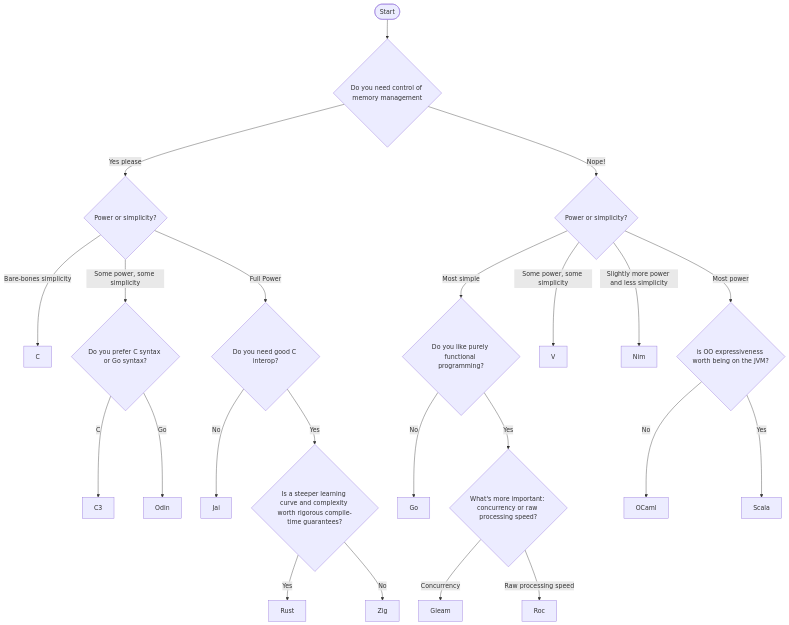
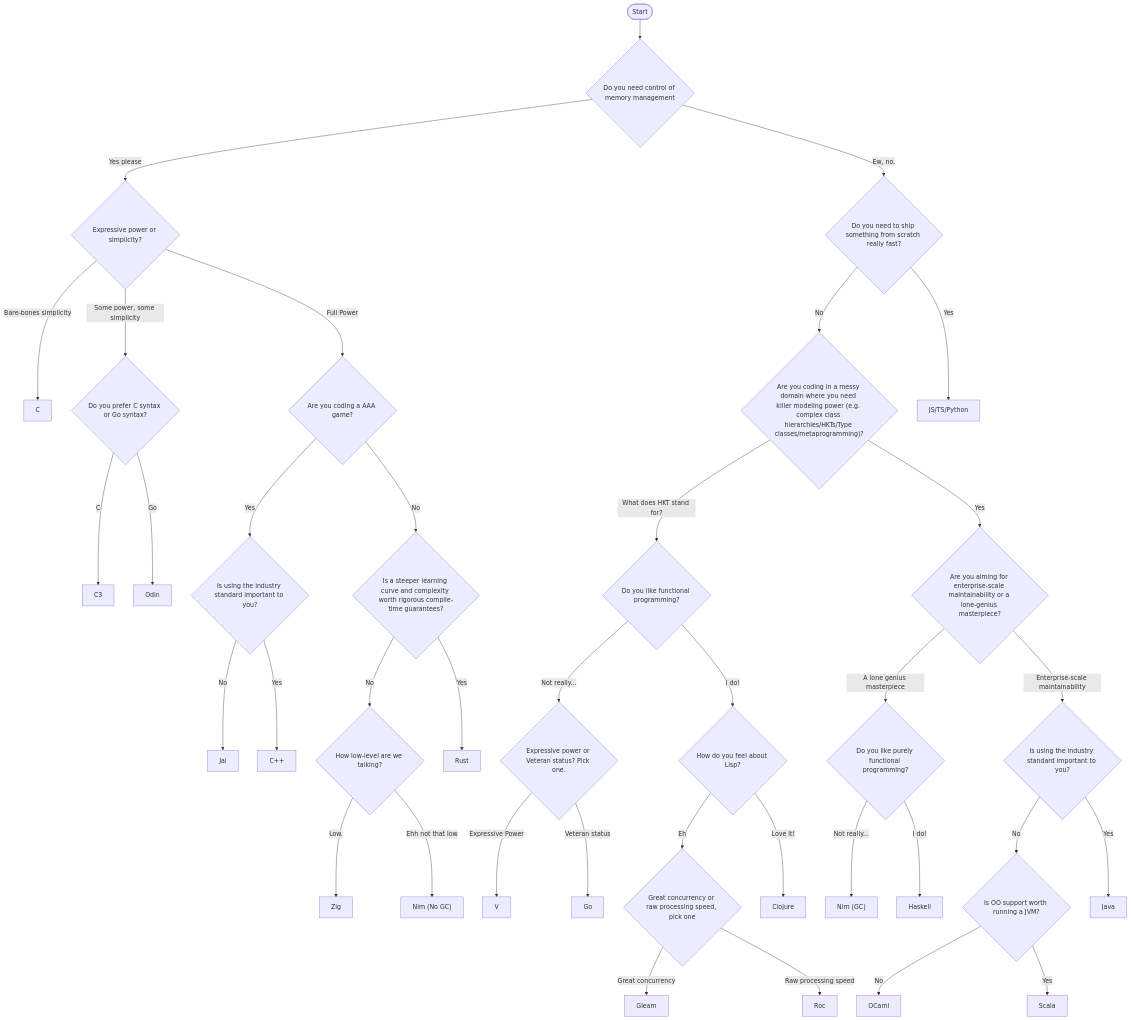
One commit to dannyvelas/my-astro-website changed the diagram in src/pages/posts/choosing-a-programming-language.md. Above: the diagram before and after it, drawn with Mermaid. The commit also changed other lines of this file, not shown here.

Commit message:
updated from source M src/pages/posts/choosing-a-programming-language.md

````diff
--- a/src/pages/posts/choosing-a-programming-language.md
+++ b/src/pages/posts/choosing-a-programming-language.md
@@ -30,26 +33,40 @@
 ```mermaid
 flowchart TD
   A(["Start"])
   A --> memoryMgmt{"Do you need control of memory management"}
-  memoryMgmt --> |Yes please| powerOrSimpleNoGC{"Power or simplicity?"}
-  powerOrSimpleNoGC --> |Bare-bones simplicity| C
-  powerOrSimpleNoGC --> |Some power, some simplicity| cOrGo{"Do you prefer C syntax or Go syntax?"}
+  memoryMgmt --> |Yes please| powerOrSimplicityNoGC{"Expressive power or simplicity?"}
+  powerOrSimplicityNoGC --> |Bare-bones simplicity| C
+  powerOrSimplicityNoGC --> |Some power, some simplicity| cOrGo{"Do you prefer C syntax or Go syntax?"}
   cOrGo --> |C| C3
   cOrGo --> |Go| Odin
-  powerOrSimpleNoGC --> |Full Power| cInterop{"Do you need good C interop?"}
-  cInterop --> |No| Jai
-  cInterop --> |Yes| borrowOrFast{"Is a steeper learning curve and complexity worth rigorous compile-time guarantees?"}
-  borrowOrFast --> |"Yes"| Rust
-  borrowOrFast --> |"No"| Zig
-  memoryMgmt --> |Nope!| powerOrSimplicityGC{Power or simplicity?}
-  powerOrSimplicityGC --> |Most simple| functionalQuestion{"Do you like purely functional programming?"}
-  functionalQuestion --> |No| Go
-  functionalQuestion --> |Yes| concurrencyVsProcessing{What's more important: concurrency or raw processing speed?}
-  concurrencyVsProcessing --> |Concurrency| Gleam
+  powerOrSimplicityNoGC --> |Full Power| gameOrGPU{"Are you coding a AAA game?"} 
+  gameOrGPU --> |No| learningCurveWorthBorrow{"Is a steeper learning curve and complexity worth rigorous compile-time guarantees?"}
+  gameOrGPU --> |Yes| standardQuestion{"Is using the industry standard important to you?"}
+  standardQuestion -->|No| Jai
+  standardQuestion -->|Yes| C++
+  learningCurveWorthBorrow --> |No| lowLevelQuestion{"How low-level are we talking?"}
+  lowLevelQuestion --> |"Low."| Zig
+  lowLevelQuestion --> |"Ehh not that low"| NimNoGC["Nim (No GC)"]
+  learningCurveWorthBorrow --> |Yes| Rust
+  memoryMgmt --> |Ew, no.| shipFastQuestion{Do you need to ship something from scratch really fast?}
+  shipFastQuestion --> |No| messyDomain{"Are you coding in a messy domain where you need killer modeling power (e.g. complex class hierarchies/HKTs/Type classes/metaprogramming)?"}
+  shipFastQuestion --> |Yes| JS/TS/Python 
+  messyDomain --> |What does HKT stand for?| functionalQuestion{"Do you like functional programming?"}
+  functionalQuestion --> |Not really...| expressivePowerOrPopularity{"Expressive power or Veteran status? Pick one."}
+  expressivePowerOrPopularity --> |Expressive Power| V
+  expressivePowerOrPopularity --> |Veteran status| Go
+  functionalQuestion --> |I do!| lispQuestion{How do you feel about Lisp?}
+  lispQuestion --> |Eh| concurrencyVsProcessing{Great concurrency or raw processing speed, pick one}
+  lispQuestion --> |Love it!| Clojure
+  concurrencyVsProcessing --> |Great concurrency| Gleam
   concurrencyVsProcessing --> |Raw processing speed| Roc
-  powerOrSimplicityGC --> |Some power, some simplicity| V
-  powerOrSimplicityGC --> |Slightly more power and less simplicity| Nim
-  powerOrSimplicityGC --> |Most power| ooExpressivenessVsJVM{"is OO expressiveness worth being on the JVM?"}
+  messyDomain --> |Yes| enterpriseScale{"Are you aiming for enterprise-scale maintainability or a lone-genius masterpiece?"}
+  enterpriseScale --> |A lone genius masterpiece| functionalQuestionPower{Do you like purely functional programming?}
+  functionalQuestionPower --> |Not really...| Nim["Nim (GC)"]
+  functionalQuestionPower --> |I do!| Haskell
+  enterpriseScale --> |Enterprise-scale maintainability| standardQuestionNoGC{"Is using the industry standard important to you?"}
+  standardQuestionNoGC --> |No| ooExpressivenessVsJVM{Is OO support worth running a JVM?}
   ooExpressivenessVsJVM --> |No| OCaml
   ooExpressivenessVsJVM --> |Yes| Scala
+  standardQuestionNoGC --> |Yes| Java
 ```
````
